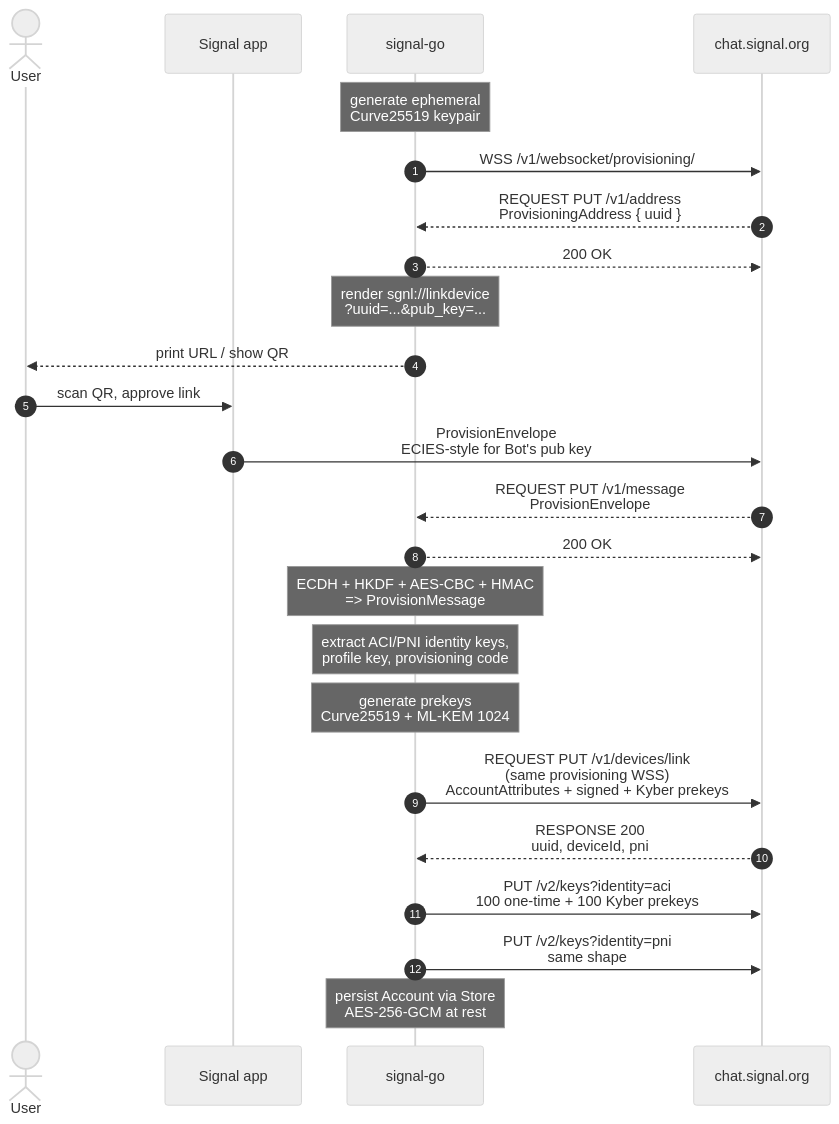
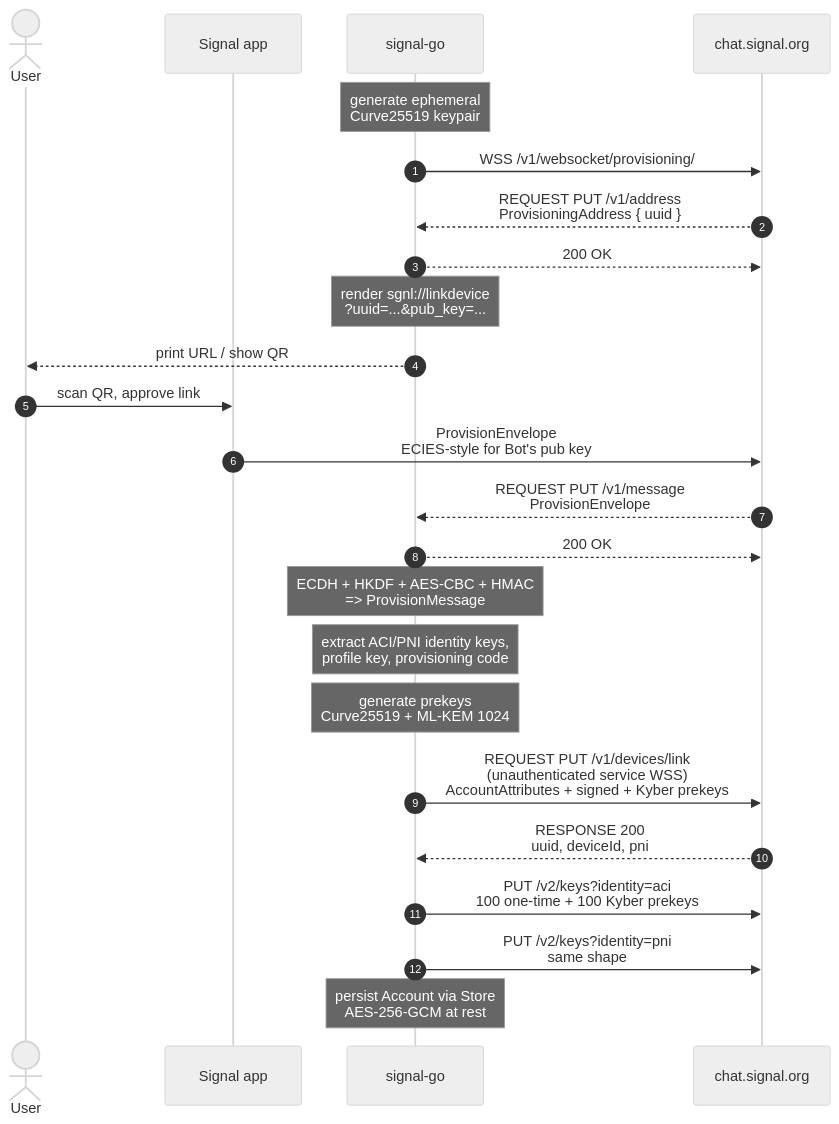
Before and after one commit to thehappydinoa/signal-go: the diagram in docs/diagrams/qr-link.md, drawn with Mermaid (neutral theme). The commit also changed other lines of this file and 10 other files, not shown here.

````diff
--- a/docs/diagrams/qr-link.md
+++ b/docs/diagrams/qr-link.md
@@ -7,27 +7,27 @@
 ```mermaid
 sequenceDiagram
     autonumber
     actor User
     participant Phone as Signal app
     participant Bot as signal-go
     participant Server as chat.signal.org
 
     Note over Bot: generate ephemeral<br/>Curve25519 keypair
     Bot->>Server: WSS /v1/websocket/provisioning/
     Server-->>Bot: REQUEST PUT /v1/address<br/>ProvisioningAddress { uuid }
     Bot-->>Server: 200 OK
     Note over Bot: render sgnl://linkdevice<br/>?uuid=...&pub_key=...
     Bot-->>User: print URL / show QR
     User->>Phone: scan QR, approve link
     Phone->>Server: ProvisionEnvelope<br/>ECIES-style for Bot's pub key
     Server-->>Bot: REQUEST PUT /v1/message<br/>ProvisionEnvelope
     Bot-->>Server: 200 OK
     Note over Bot: ECDH + HKDF + AES-CBC + HMAC<br/>=> ProvisionMessage
     Note over Bot: extract ACI/PNI identity keys,<br/>profile key, provisioning code
     Note over Bot: generate prekeys<br/>Curve25519 + ML-KEM 1024
-    Bot->>Server: REQUEST PUT /v1/devices/link<br/>(same provisioning WSS)<br/>AccountAttributes + signed + Kyber prekeys
+    Bot->>Server: REQUEST PUT /v1/devices/link<br/>(unauthenticated service WSS)<br/>AccountAttributes + signed + Kyber prekeys
     Server-->>Bot: RESPONSE 200<br/>uuid, deviceId, pni
     Bot->>Server: PUT /v2/keys?identity=aci<br/>100 one-time + 100 Kyber prekeys
     Bot->>Server: PUT /v2/keys?identity=pni<br/>same shape
     Note over Bot: persist Account via Store<br/>AES-256-GCM at rest
 ```
````
